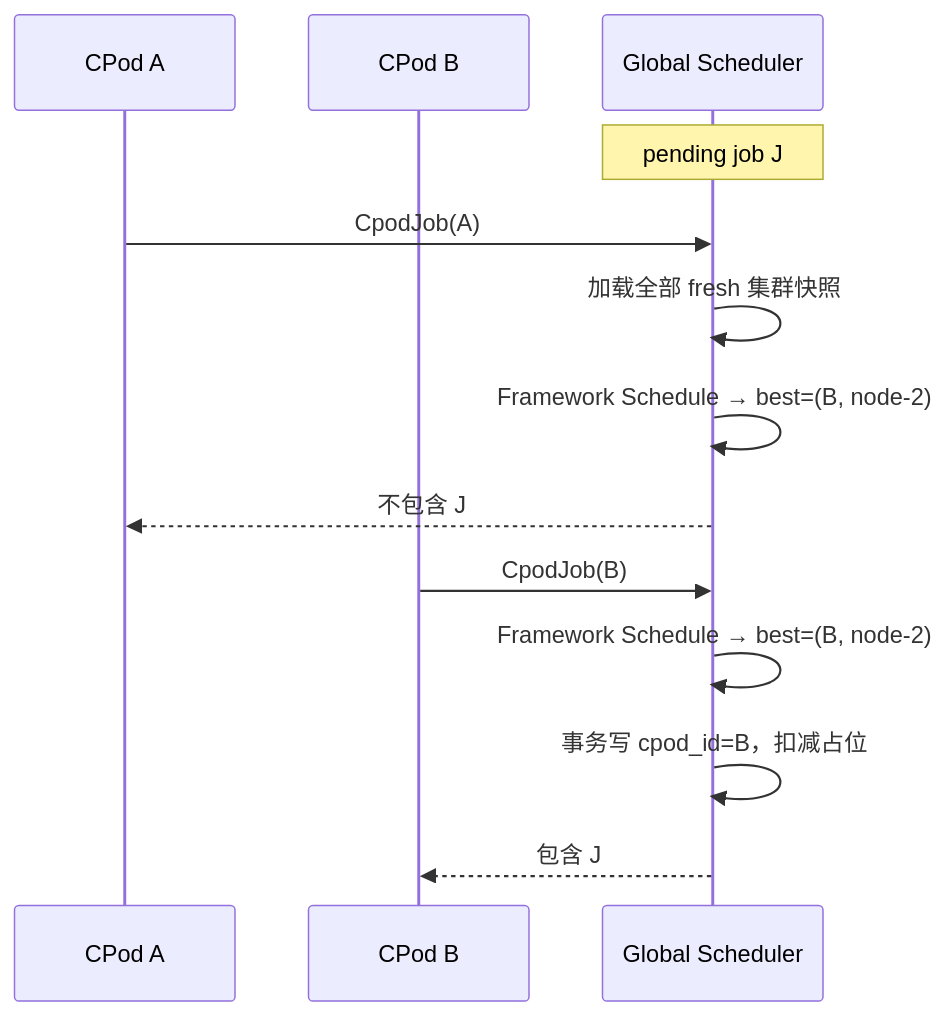
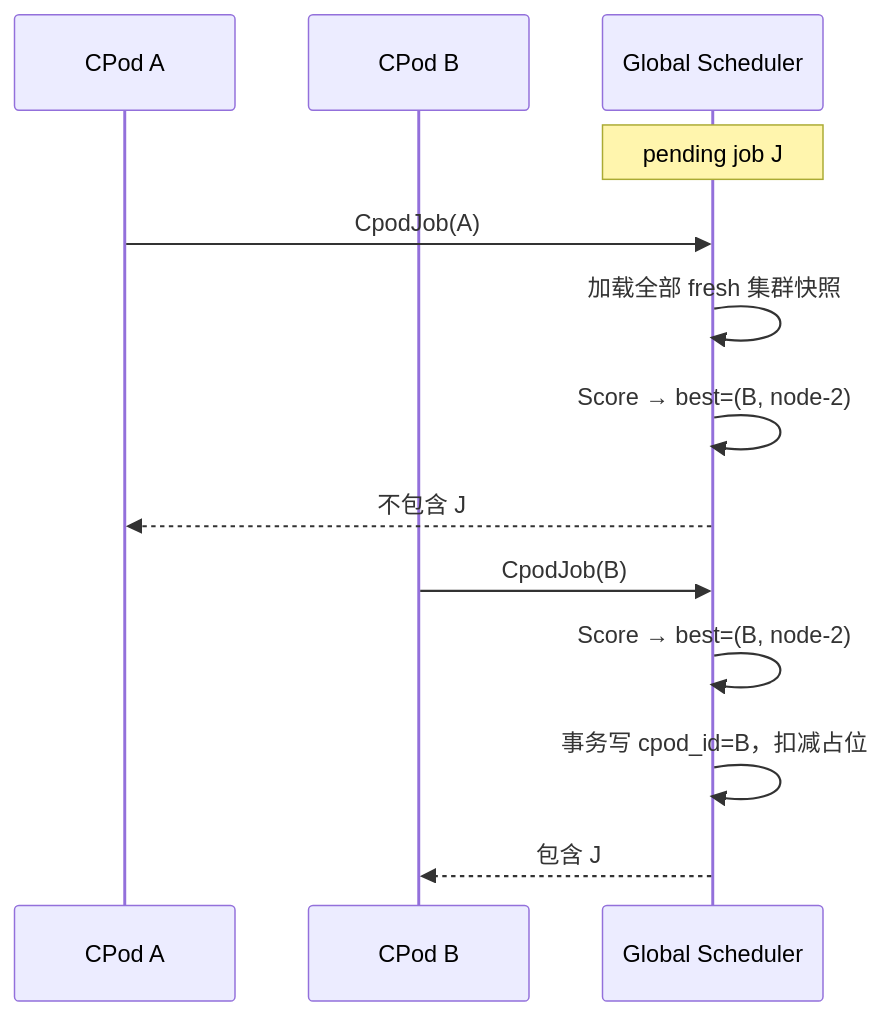
The third of 3 diagrams in docs/GLOBAL_SCHEDULER_SCORING.md (justicezyx/3k), drawn with Mermaid before and after one commit. The commit also changed other lines of this file and 7 other files, not shown here.

````diff
--- a/docs/GLOBAL_SCHEDULER_SCORING.md
+++ b/docs/GLOBAL_SCHEDULER_SCORING.md
@@ -153,16 +171,16 @@
 ```mermaid
 sequenceDiagram
   participant CPodA as CPod A
   participant CPodB as CPod B
   participant GS as Global Scheduler
 
   Note over GS: pending job J
   CPodA->>GS: CpodJob(A)
   GS->>GS: 加载全部 fresh 集群快照
-  GS->>GS: Framework Schedule → best=(B, node-2)
+  GS->>GS: Score → best=(B, node-2)
   GS-->>CPodA: 不包含 J
   CPodB->>GS: CpodJob(B)
-  GS->>GS: Framework Schedule → best=(B, node-2)
+  GS->>GS: Score → best=(B, node-2)
   GS->>GS: 事务写 cpod_id=B，扣减占位
   GS-->>CPodB: 包含 J
 ```
````
